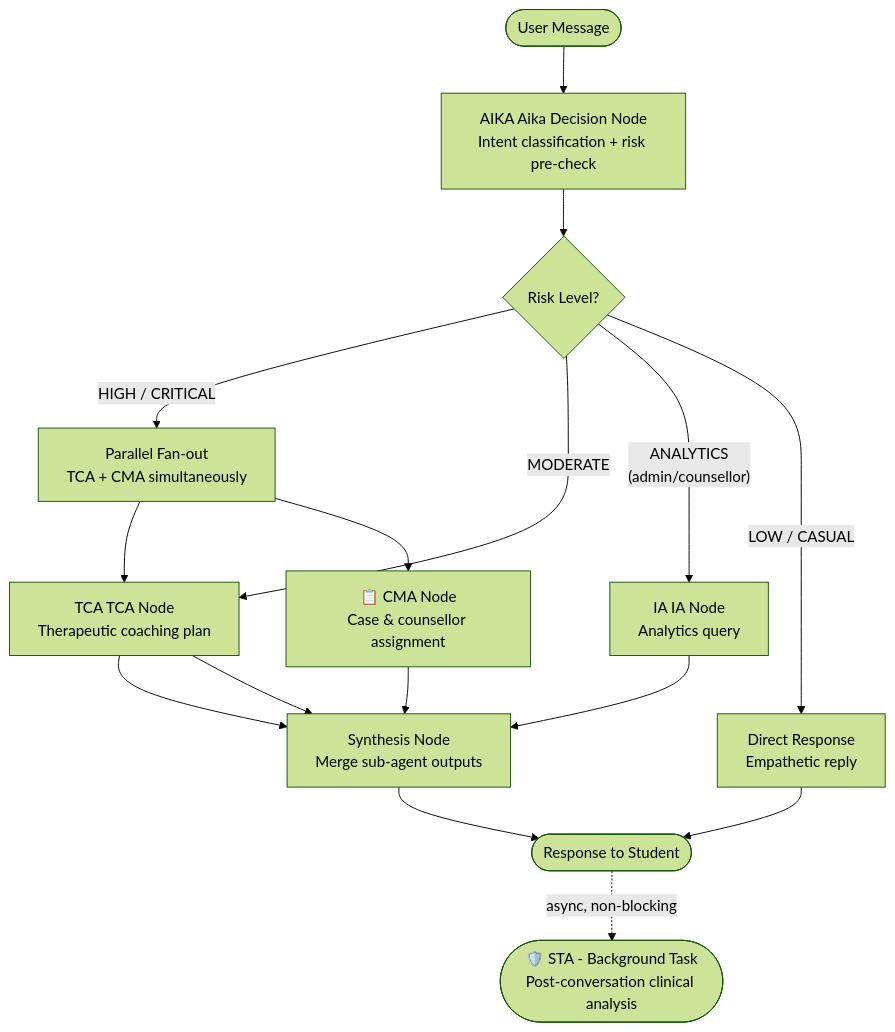
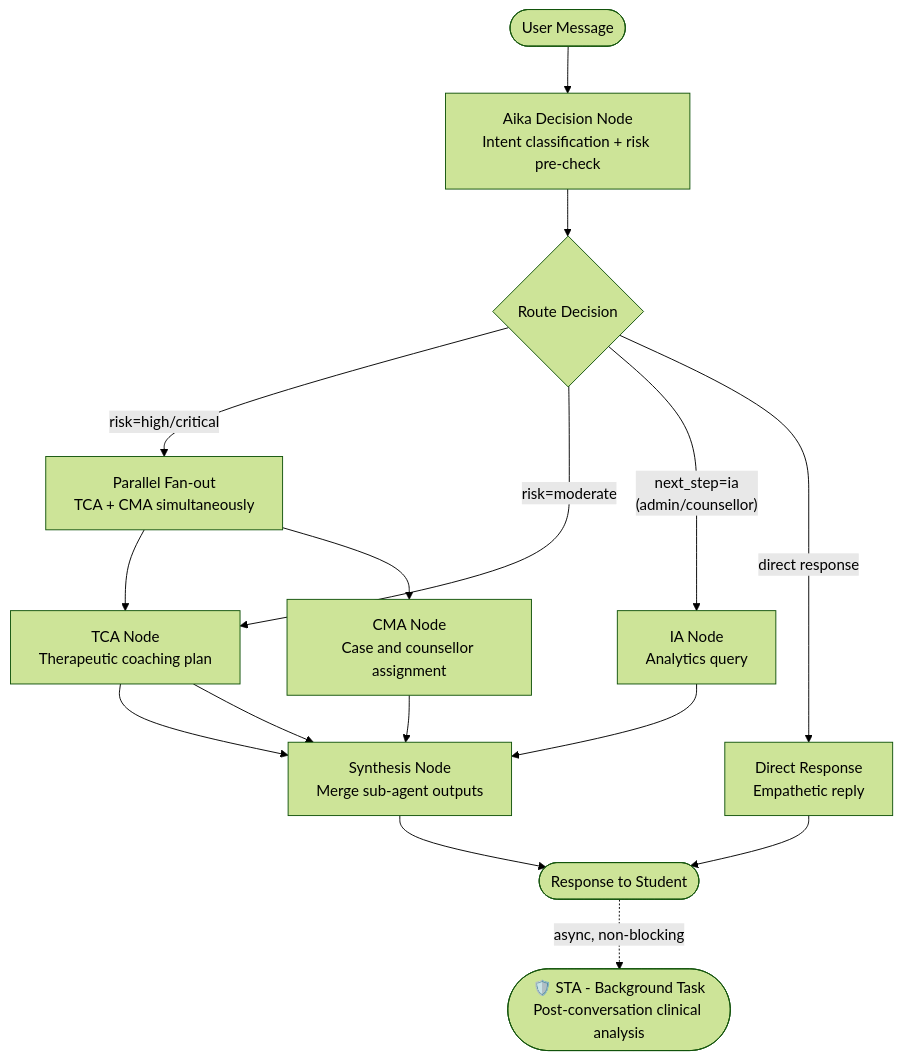
Before and after one commit to gigahidjrikaaa/UGM-AICare: the diagram in docs-site/docs/architecture/agentic-framework.md, drawn with Mermaid (forest theme). The commit also changed other lines of this file and 14 other files, not shown here.

````diff
--- a/docs-site/docs/architecture/agentic-framework.md
+++ b/docs-site/docs/architecture/agentic-framework.md
@@ -35,31 +35,31 @@
 ```mermaid
 flowchart TD
  START([User Message])
- AIKA[AIKA Aika Decision Node\nIntent classification + risk pre-check]
- CRISIS{Risk Level?}
+ AIKA[Aika Decision Node\nIntent classification + risk pre-check]
+ CRISIS{Route Decision}
  PAR[Parallel Fan-out\nTCA + CMA simultaneously]
- TCA_N[TCA TCA Node\nTherapeutic coaching plan]
- CMA_N[📋 CMA Node\nCase & counsellor assignment]
- IA_N[IA IA Node\nAnalytics query]
+ TCA_N[TCA Node\nTherapeutic coaching plan]
+ CMA_N[CMA Node\nCase and counsellor assignment]
+ IA_N[IA Node\nAnalytics query]
  SYNTH[Synthesis Node\nMerge sub-agent outputs]
  DIRECT[Direct Response\nEmpathetic reply]
  END_N([Response to Student])
 
  STA_BG([🛡️ STA - Background Task\nPost-conversation clinical analysis])
 
  START --> AIKA
  AIKA --> CRISIS
- CRISIS -- "HIGH / CRITICAL" --> PAR
+ CRISIS -- "risk=high/critical" --> PAR
  PAR --> TCA_N
  PAR --> CMA_N
  TCA_N --> SYNTH
  CMA_N --> SYNTH
- CRISIS -- "MODERATE" --> TCA_N
+ CRISIS -- "risk=moderate" --> TCA_N
  TCA_N --> SYNTH
- CRISIS -- "ANALYTICS\n(admin/counsellor)" --> IA_N
+ CRISIS -- "next_step=ia\n(admin/counsellor)" --> IA_N
  IA_N --> SYNTH
- CRISIS -- "LOW / CASUAL" --> DIRECT
+ CRISIS -- "direct response" --> DIRECT
  SYNTH --> END_N
  DIRECT --> END_N
  END_N -.->|async, non-blocking| STA_BG
 ```
````
